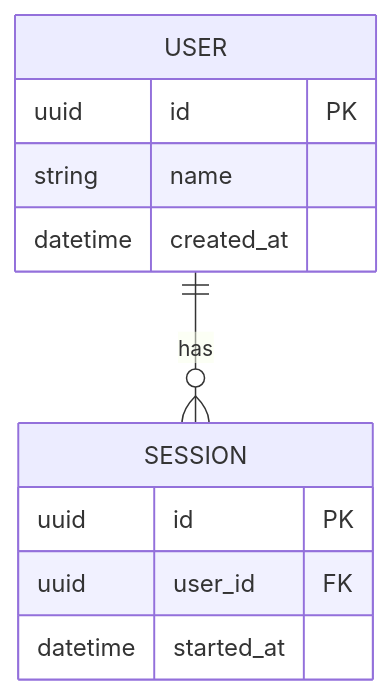
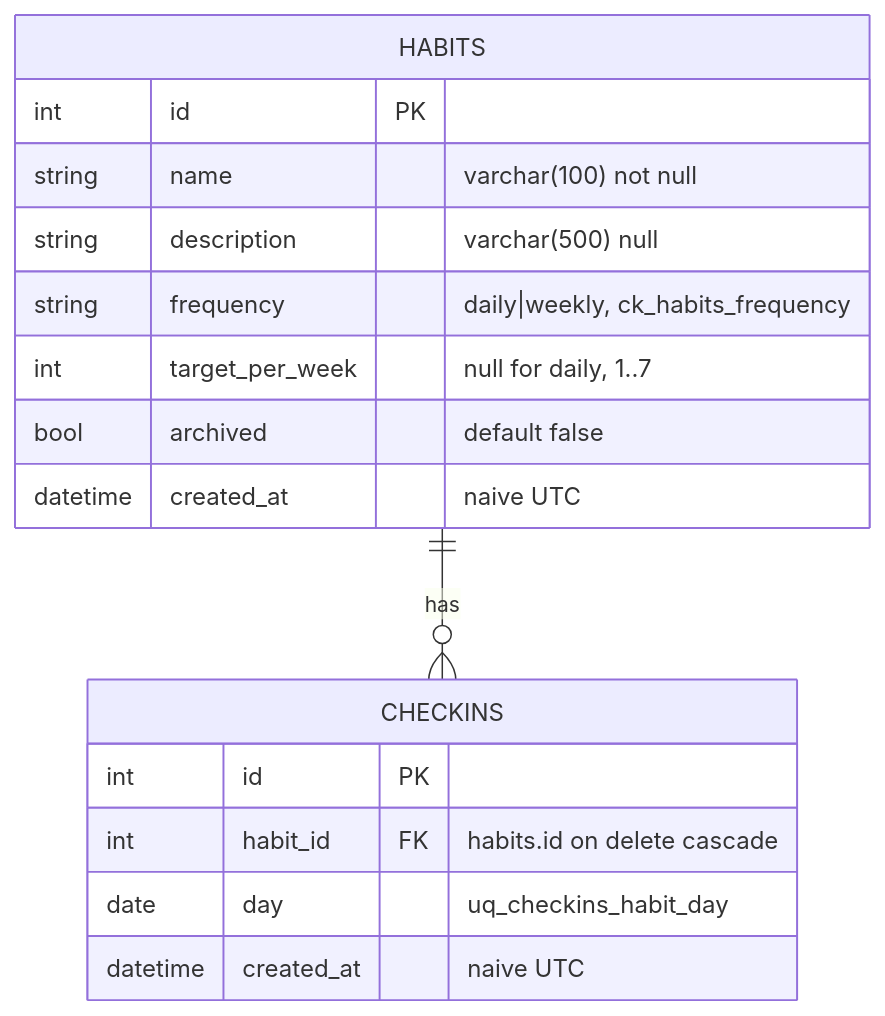
One commit to KRakenoZavr/habit-tracker-v3 changed the diagram in docs/architecture/data-model.mmd. Above: the diagram before and after it, drawn with Mermaid. The commit also changed 32 other files, not shown here.

```diff
--- a/docs/architecture/data-model.mmd
+++ b/docs/architecture/data-model.mmd
@@ -1,15 +1,21 @@
-%% covers: [src/io/**]
+%% covers: [src/habits/storage/**, migrations/**]
 %% verified_at: none
 %% owner: architect
+%% habits: migration 0001 (M1). checkins: migration 0002 (M2), UNIQUE(habit_id, day), FK ON DELETE CASCADE.
 erDiagram
-  USER ||--o{ SESSION : has
-  USER {
-    uuid id PK
-    string name
-    datetime created_at
+  HABITS ||--o{ CHECKINS : has
+  HABITS {
+    int id PK
+    string name "varchar(100) not null"
+    string description "varchar(500) null"
+    string frequency "daily|weekly, ck_habits_frequency"
+    int target_per_week "null for daily, 1..7"
+    bool archived "default false"
+    datetime created_at "naive UTC"
   }
-  SESSION {
-    uuid id PK
-    uuid user_id FK
-    datetime started_at
+  CHECKINS {
+    int id PK
+    int habit_id FK "habits.id on delete cascade"
+    date day "uq_checkins_habit_day"
+    datetime created_at "naive UTC"
   }
```
